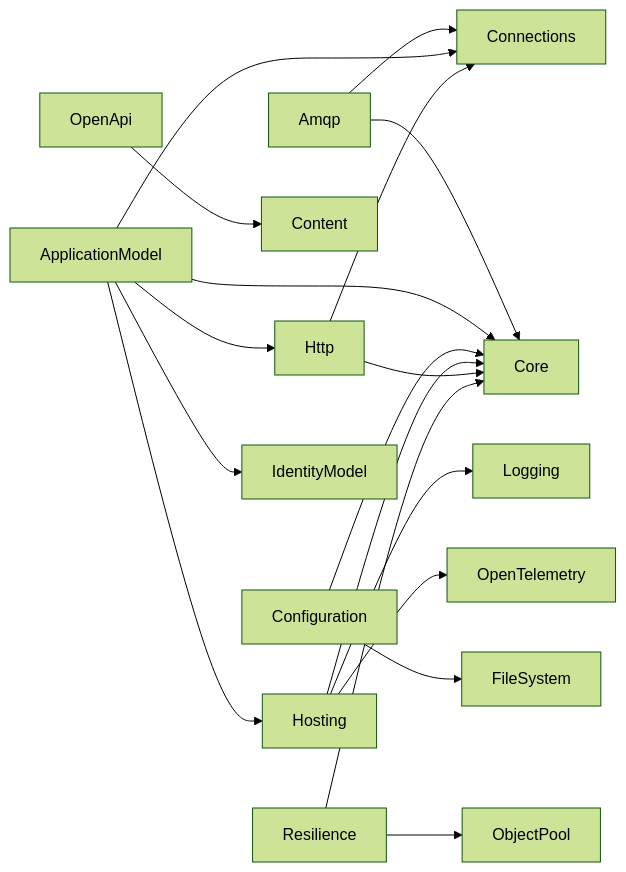
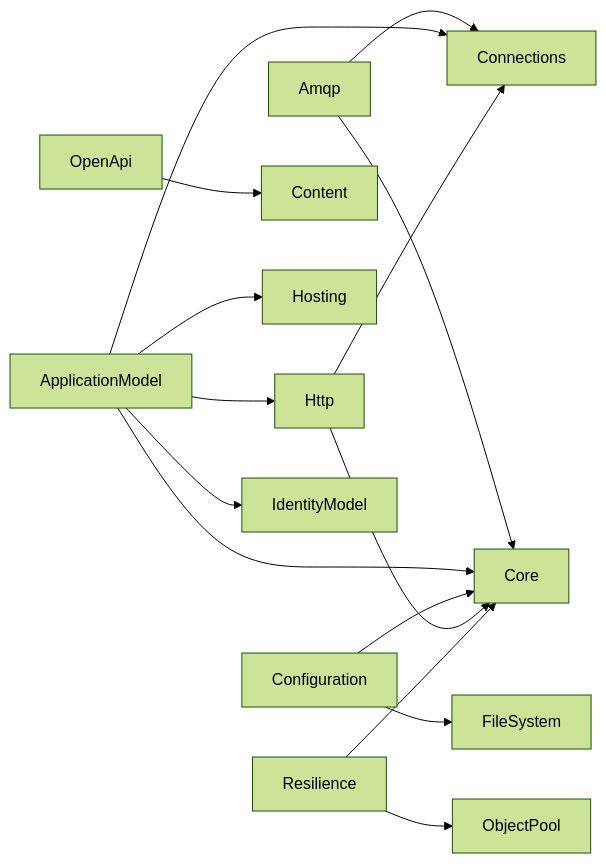
The first of 28 diagrams in docs/DEPENDENCIES.md (assimalign/cohesion), drawn with Mermaid (forest theme) before and after one commit. The commit also changed other lines of this file and 382 other files, not shown here.

````diff
--- a/docs/DEPENDENCIES.md
+++ b/docs/DEPENDENCIES.md
@@ -65,35 +65,30 @@
 ```mermaid
 flowchart LR
     L0["Amqp"]
     L1["ApplicationModel"]
     L2["Configuration"]
     L3["Connections"]
     L4["Content"]
     L5["Core"]
     L6["FileSystem"]
     L7["Hosting"]
     L8["Http"]
     L9["IdentityModel"]
-    L10["Logging"]
-    L11["ObjectPool"]
-    L12["OpenApi"]
-    L13["OpenTelemetry"]
-    L14["Resilience"]
+    L10["ObjectPool"]
+    L11["OpenApi"]
+    L12["Resilience"]
     L0 --> L3
     L0 --> L5
     L1 --> L3
     L1 --> L5
     L1 --> L7
     L1 --> L8
     L1 --> L9
     L2 --> L5
     L2 --> L6
-    L7 --> L5
-    L7 --> L10
-    L7 --> L13
     L8 --> L3
     L8 --> L5
-    L12 --> L4
-    L14 --> L5
-    L14 --> L11
+    L11 --> L4
+    L12 --> L5
+    L12 --> L10
 ```
````
